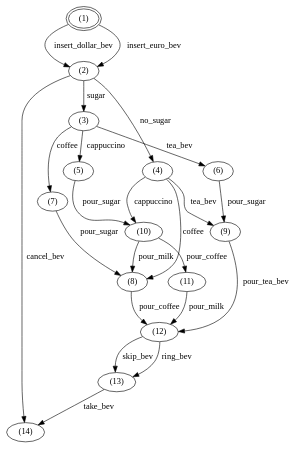
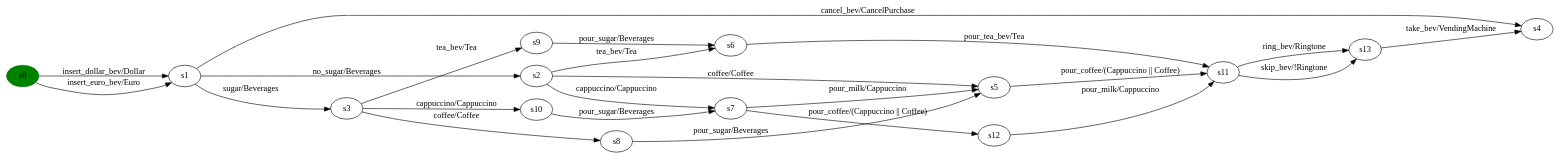
Before and after one commit to sfortz/BehavioralFeatureModel: the diagram in src/main/resources/fts/vm/coffee.dot, drawn with Graphviz. The commit also changed 57 other files, not shown here.

```diff
--- a/src/main/resources/fts/vm/coffee.dot
+++ b/src/main/resources/fts/vm/coffee.dot
@@ -1,43 +1,39 @@
 digraph G {
-center = TRUE;
-mclimit = 10.0;
-nodesep = 0.05;
-node [ width=0.25, height=0.25, label="" ];
-s0 [ peripheries=2 ];
-s0 [label="(1)"];
-s1 [label="(2)"];
-s2 [label="(4)"];
-s3 [label="(3)"];
-s4 [label="(14)"];
-s5 [label="(8)"];
-s6 [label="(9)"];
-s7 [label="(10)"];
-s8 [label="(7)"];
-s9 [label="(6)"];
-s10 [label="(5)"];
-s11 [label="(12)"];
-s12 [label="(11)"];
-s13 [label="(13)"];
-s0->s1[label="insert_dollar_bev"];
-s0->s1[label="insert_euro_bev"];
-s1->s2[label="no_sugar"];
-s1->s3[label="sugar"];
-s1->s4[label="cancel_bev"];
-s2->s5[label="coffee"];
-s2->s6[label="tea_bev"];
-s2->s7[label="cappuccino"];
-s3->s8[label="coffee"];
-s3->s9[label="tea_bev"];
-s3->s10[label="cappuccino"];
-s5->s11[label="pour_coffee"];
-s6->s11[label="pour_tea_bev"];
-s7->s12[label="pour_coffee"];
-s7->s5[label="pour_milk"];
-s8->s5[label="pour_sugar"];
-s9->s6[label="pour_sugar"];
-s10->s7[label="pour_sugar"];
-s11->s13[label="skip_bev"];
-s11->s13[label="ring_bev"];
-s12->s11[label="pour_milk"];
-s13->s4[label="take_bev"];
+rankdir=LR;
+state0[ label = "s0", style=filled, color=green ];
+state1 [ label = "s3" ];
+state1 -> state2 [ label=" cappuccino/Cappuccino " ];
+state1 -> state3 [ label=" tea_bev/Tea " ];
+state1 -> state4 [ label=" coffee/Coffee " ];
+state5 [ label = "s4" ];
+state6 [ label = "s5" ];
+state6 -> state7 [ label=" pour_coffee/(Cappuccino || Coffee) " ];
+state8 [ label = "s6" ];
+state8 -> state7 [ label=" pour_tea_bev/Tea " ];
+state9 [ label = "s7" ];
+state9 -> state6 [ label=" pour_milk/Cappuccino " ];
+state9 -> state10 [ label=" pour_coffee/(Cappuccino || Coffee) " ];
+state4 [ label = "s8" ];
+state4 -> state6 [ label=" pour_sugar/Beverages " ];
+state3 [ label = "s9" ];
+state3 -> state8 [ label=" pour_sugar/Beverages " ];
+state7 [ label = "s11" ];
+state7 -> state11 [ label=" skip_bev/!Ringtone " ];
+state7 -> state11 [ label=" ring_bev/Ringtone " ];
+state2 [ label = "s10" ];
+state2 -> state9 [ label=" pour_sugar/Beverages " ];
+state11 [ label = "s13" ];
+state11 -> state5 [ label=" take_bev/VendingMachine " ];
+state10 [ label = "s12" ];
+state10 -> state7 [ label=" pour_milk/Cappuccino " ];
+state0 -> state12 [ label=" insert_dollar_bev/Dollar " ];
+state0 -> state12 [ label=" insert_euro_bev/Euro " ];
+state12 [ label = "s1" ];
+state12 -> state5 [ label=" cancel_bev/CancelPurchase " ];
+state12 -> state13 [ label=" no_sugar/Beverages " ];
+state12 -> state1 [ label=" sugar/Beverages " ];
+state13 [ label = "s2" ];
+state13 -> state6 [ label=" coffee/Coffee " ];
+state13 -> state8 [ label=" tea_bev/Tea " ];
+state13 -> state9 [ label=" cappuccino/Cappuccino " ];
 }
```
